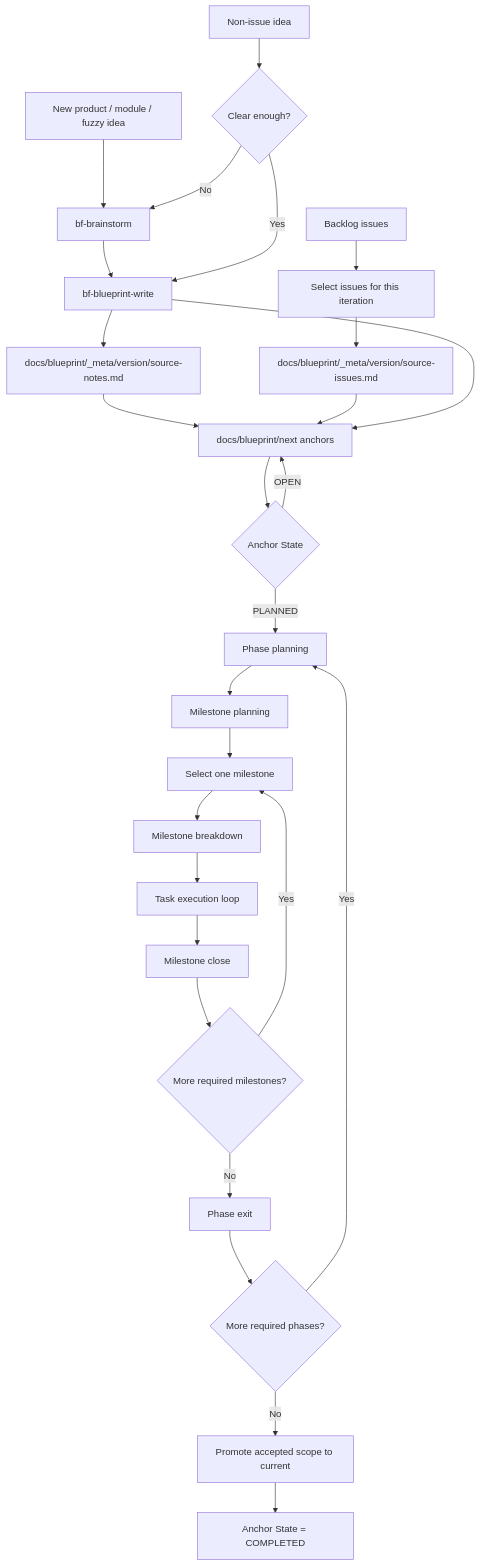
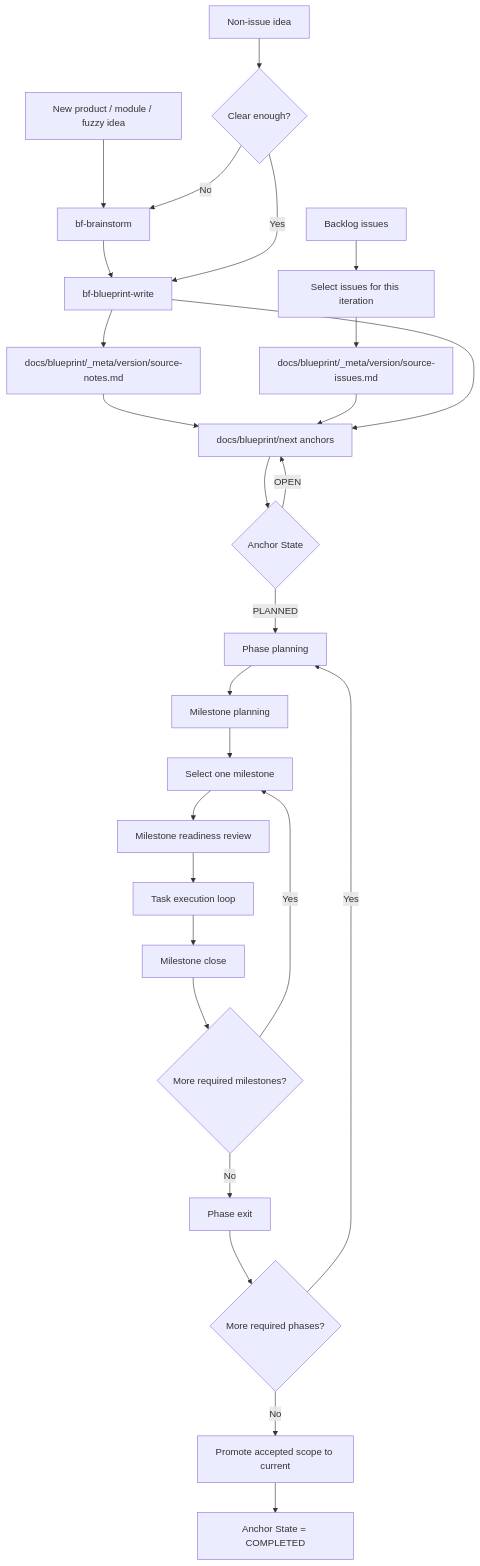
Before and after one commit to codetreker/blueprintflow: the diagram in plugins/blueprintflow/README.md, drawn with Mermaid. The commit also changed other lines of this file and 28 other files, not shown here.

````diff
--- a/plugins/blueprintflow/README.md
+++ b/plugins/blueprintflow/README.md
@@ -22,29 +22,29 @@
 ```mermaid
 flowchart TD
     A["New product / module / fuzzy idea"] --> B["bf-brainstorm"]
     B --> C["bf-blueprint-write"]
     C --> D["docs/blueprint/_meta/version/source-notes.md"]
     E["Backlog issues"] --> F["Select issues for this iteration"]
     F --> G["docs/blueprint/_meta/version/source-issues.md"]
     H["Non-issue idea"] --> I{"Clear enough?"}
     I -->|No| B
     I -->|Yes| C
     D --> J["docs/blueprint/next anchors"]
     G --> J
     C --> J
     J --> K{Anchor State}
     K -->|OPEN| J
     K -->|PLANNED| L["Phase planning"]
     L --> M["Milestone planning"]
     M --> N["Select one milestone"]
-    N --> O["Milestone breakdown"]
+    N --> O["Milestone readiness review"]
     O --> P["Task execution loop"]
     P --> Q["Milestone close"]
     Q --> R{More required milestones?}
     R -->|Yes| N
     R -->|No| S["Phase exit"]
     S --> T{More required phases?}
     T -->|Yes| L
     T -->|No| U["Promote accepted scope to current"]
     U --> V["Anchor State = COMPLETED"]
 ```
````
